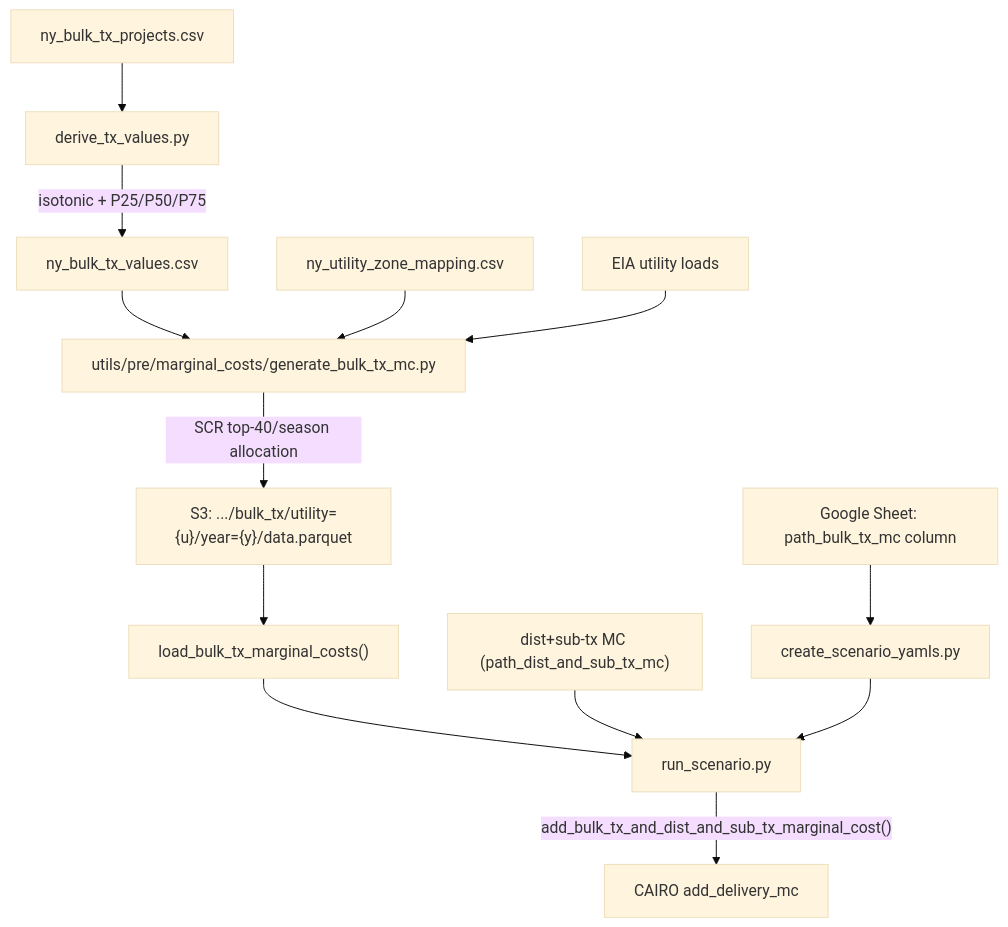
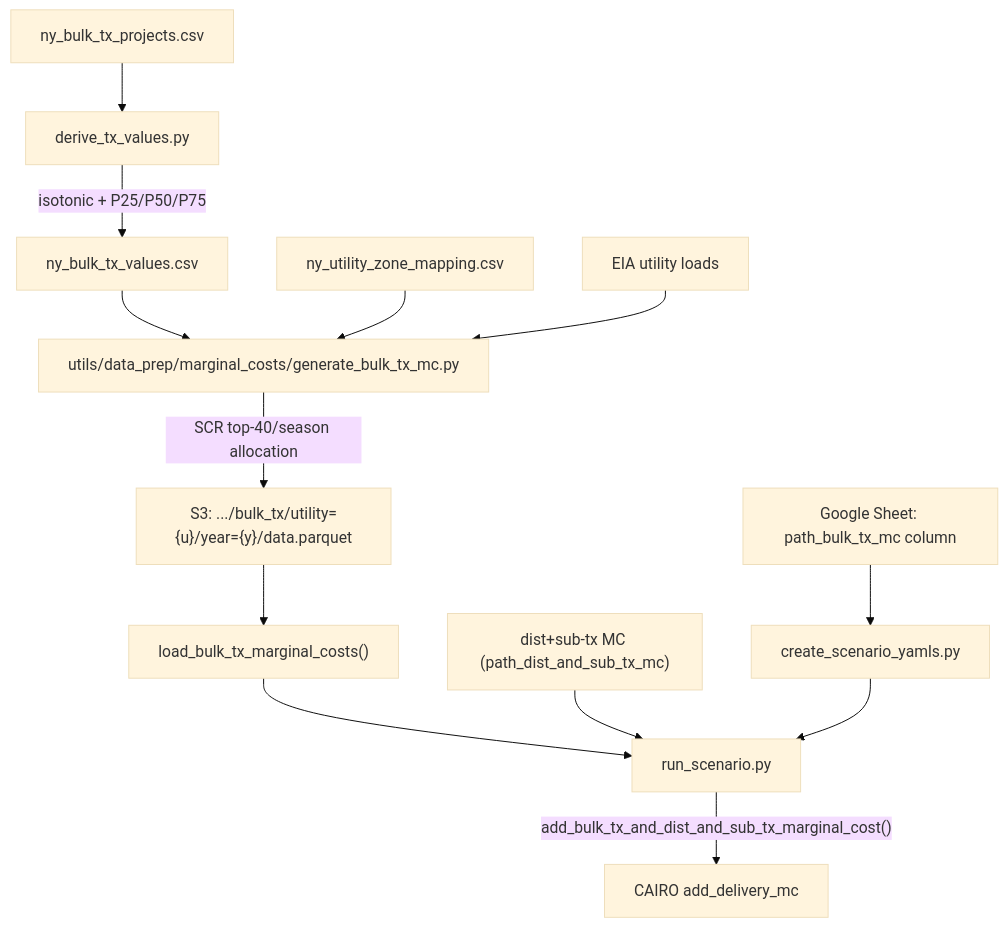
One commit to switchbox-data/rate-design-platform changed the diagram in context/plans/bulk_tx_mc_integration_248a9348.plan.md. Above: the diagram before and after it, drawn with Mermaid (base theme). The commit also changed other lines of this file and 27 other files, not shown here.

Commit message:
Reorganize marginal cost scripts in utils

````diff
--- a/context/plans/bulk_tx_mc_integration_248a9348.plan.md
+++ b/context/plans/bulk_tx_mc_integration_248a9348.plan.md
@@ -110,15 +110,15 @@
 ```mermaid
 flowchart TD
     RawCSV["ny_bulk_tx_projects.csv"] --> Derive["derive_tx_values.py"]
     Derive -->|"isotonic + P25/P50/P75"| VzTable["ny_bulk_tx_values.csv"]
-    VzTable --> GenModule["utils/pre/marginal_costs/generate_bulk_tx_mc.py"]
+    VzTable --> GenModule["utils/data_prep/marginal_costs/generate_bulk_tx_mc.py"]
     ZoneMap["ny_utility_zone_mapping.csv"] --> GenModule
     UtilLoads["EIA utility loads"] --> GenModule
     GenModule -->|"SCR top-40/season allocation"| S3Tx["S3: .../bulk_tx/utility={u}/year={y}/data.parquet"]
     S3Tx --> LoadTxMC["load_bulk_tx_marginal_costs()"]
     LoadTxMC --> RunScenario["run_scenario.py"]
     DistMC["dist+sub-tx MC (path_dist_and_sub_tx_mc)"] --> RunScenario
     RunScenario -->|"add_bulk_tx_and_dist_and_sub_tx_marginal_cost()"| CAIRO["CAIRO add_delivery_mc"]
     Sheet["Google Sheet: path_bulk_tx_mc column"] --> ScenarioYAML["create_scenario_yamls.py"]
     ScenarioYAML --> RunScenario
 ```
````
